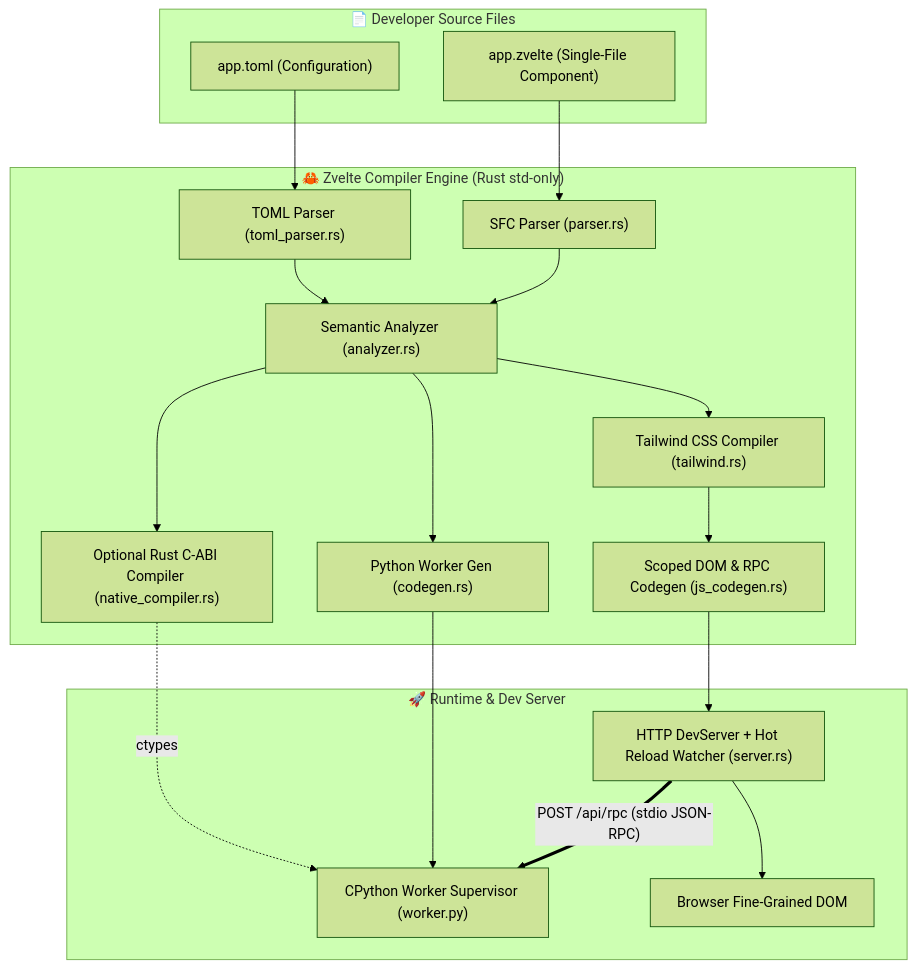
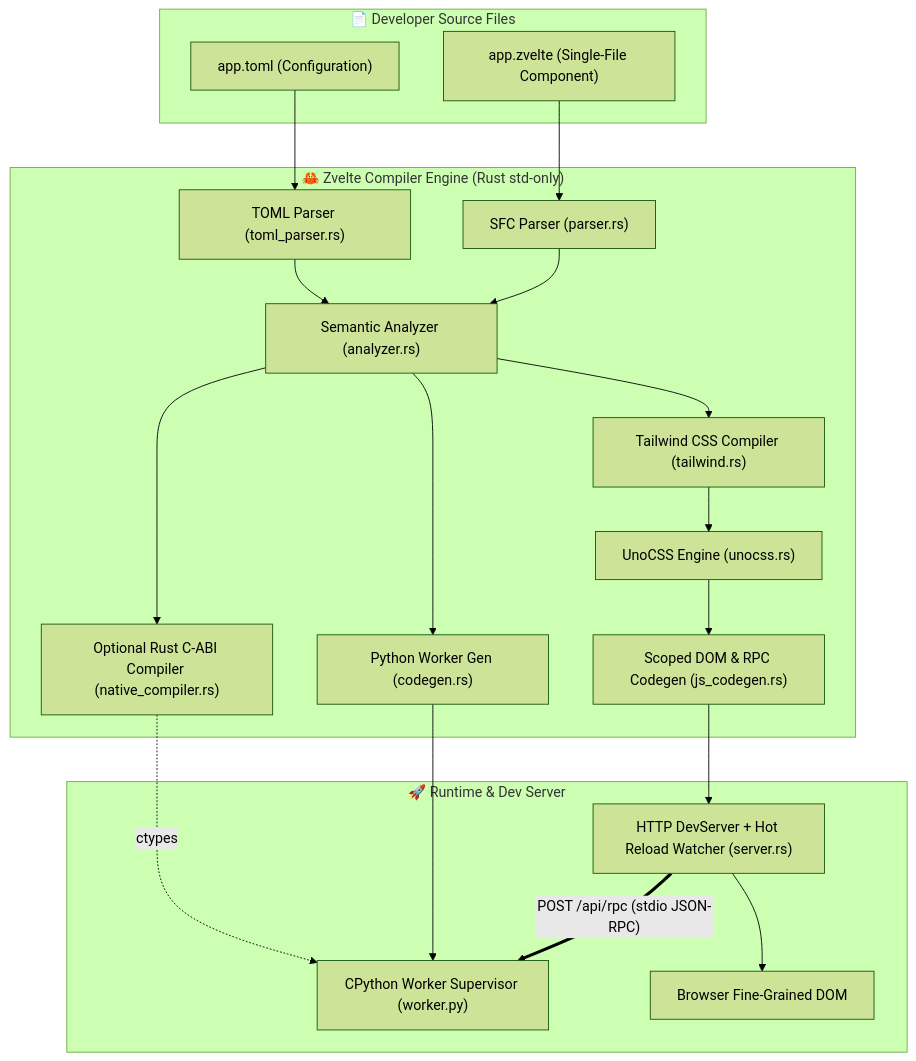
Before and after one commit to babar-xagi/Zvelte: the diagram in docs/ARCHITECTURE.md, drawn with Mermaid (forest theme). The commit also changed other lines of this file and 24 other files, not shown here.

Commit message:
feat(v0.0.8): add full zero-dependency built-in UnoCSS engine

````diff
--- a/docs/ARCHITECTURE.md
+++ b/docs/ARCHITECTURE.md
@@ -14,33 +14,34 @@
 ```mermaid
 flowchart TD
     subgraph Inputs["📄 Developer Source Files"]
         TOML["app.toml (Configuration)"]
         SFC["app.zvelte (Single-File Component)"]
     end
 
     subgraph Core["🦀 Zvelte Compiler Engine (Rust std-only)"]
         CFG["TOML Parser (toml_parser.rs)"]
         PAR["SFC Parser (parser.rs)"]
         SEM["Semantic Analyzer (analyzer.rs)"]
         JSGEN["Scoped DOM & RPC Codegen (js_codegen.rs)"]
         TW["Tailwind CSS Compiler (tailwind.rs)"]
+        UNO["UnoCSS Engine (unocss.rs)"]
         PYGEN["Python Worker Gen (codegen.rs)"]
         NAT["Optional Rust C-ABI Compiler (native_compiler.rs)"]
     end
 
     subgraph Runtime["🚀 Runtime & Dev Server"]
         DEV["HTTP DevServer + Hot Reload Watcher (server.rs)"]
         PY["CPython Worker Supervisor (worker.py)"]
         DOM["Browser Fine-Grained DOM"]
     end
 
     TOML --> CFG --> SEM
     SFC --> PAR --> SEM
-    SEM --> TW --> JSGEN
+    SEM --> TW --> UNO --> JSGEN
     SEM --> PYGEN
     SEM --> NAT
     NAT -. ctypes .-> PY
     JSGEN --> DEV --> DOM
     PYGEN --> PY
     DEV == "POST /api/rpc (stdio JSON-RPC)" ==> PY
 ```
````
